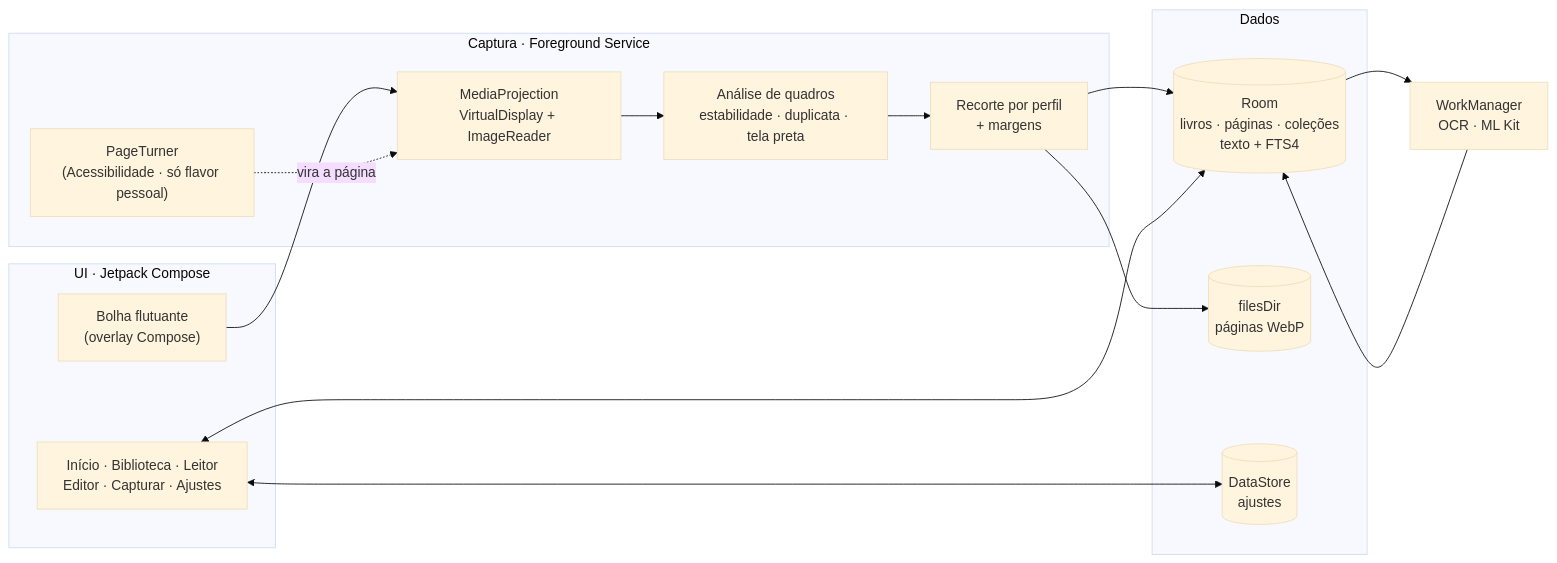
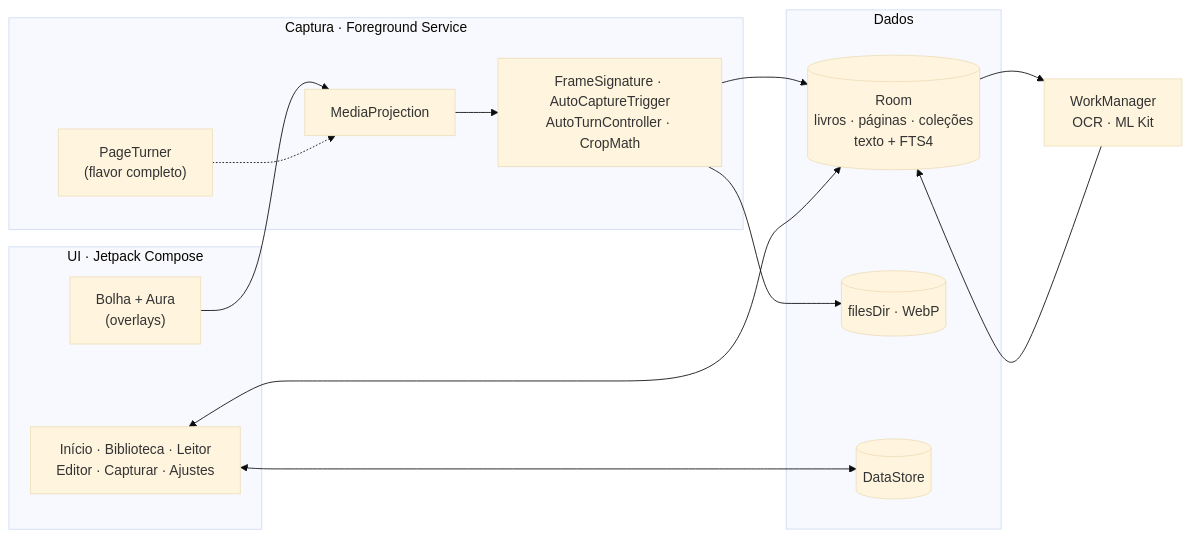
The second of 2 diagrams in README.md (Carloseduardo-dev/print-book), drawn with Mermaid (base theme) before and after one commit. The commit also changed other lines of this file and 10 other files, not shown here.

First line of the commit message:
docs: README profissional com capturas de tela; corrige sombra cortada da bolha

````diff
--- a/README.md
+++ b/README.md
@@ -58,26 +153,25 @@
 ```mermaid
 flowchart LR
     subgraph UI["UI · Jetpack Compose"]
         Screens["Início · Biblioteca · Leitor<br/>Editor · Capturar · Ajustes"]
-        Bubble["Bolha flutuante<br/>(overlay Compose)"]
+        Bubble["Bolha + Aura<br/>(overlays)"]
     end
     subgraph Capture["Captura · Foreground Service"]
-        MP["MediaProjection<br/>VirtualDisplay + ImageReader"]
-        Analysis["Análise de quadros<br/>estabilidade · duplicata · tela preta"]
-        Crop["Recorte por perfil<br/>+ margens"]
-        Turner["PageTurner<br/>(Acessibilidade · só flavor pessoal)"]
+        MP["MediaProjection"]
+        Analysis["FrameSignature · AutoCaptureTrigger<br/>AutoTurnController · CropMath"]
+        Turner["PageTurner<br/>(flavor completo)"]
     end
     subgraph Data["Dados"]
         Room[("Room<br/>livros · páginas · coleções<br/>texto + FTS4")]
-        Files[("filesDir<br/>páginas WebP")]
-        Store[("DataStore<br/>ajustes")]
+        Files[("filesDir · WebP")]
+        Store[("DataStore")]
     end
     Work["WorkManager<br/>OCR · ML Kit"]
 
-    Bubble --> MP --> Analysis --> Crop --> Files
-    Crop --> Room
-    Turner -.vira a página.-> MP
+    Bubble --> MP --> Analysis --> Files
+    Analysis --> Room
+    Turner -.-> MP
     Room --> Work --> Room
     Screens <--> Room
     Screens <--> Store
 ```
````
